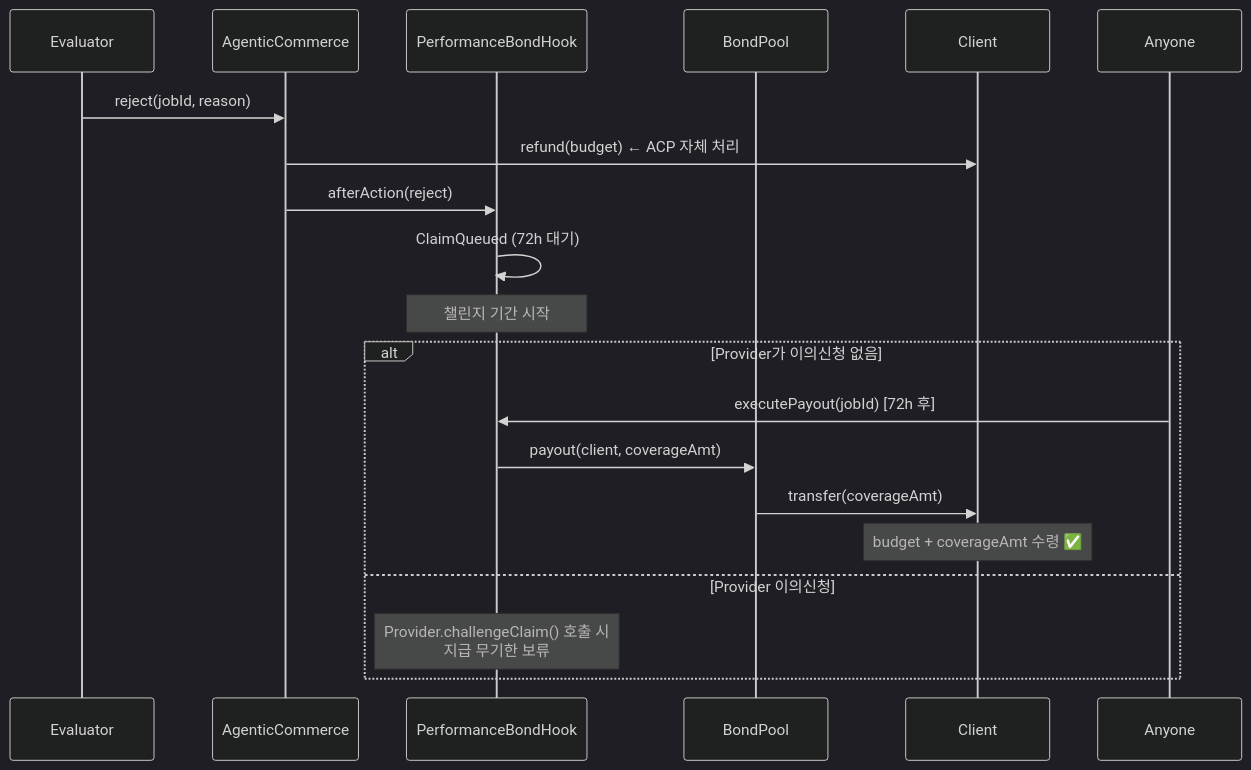
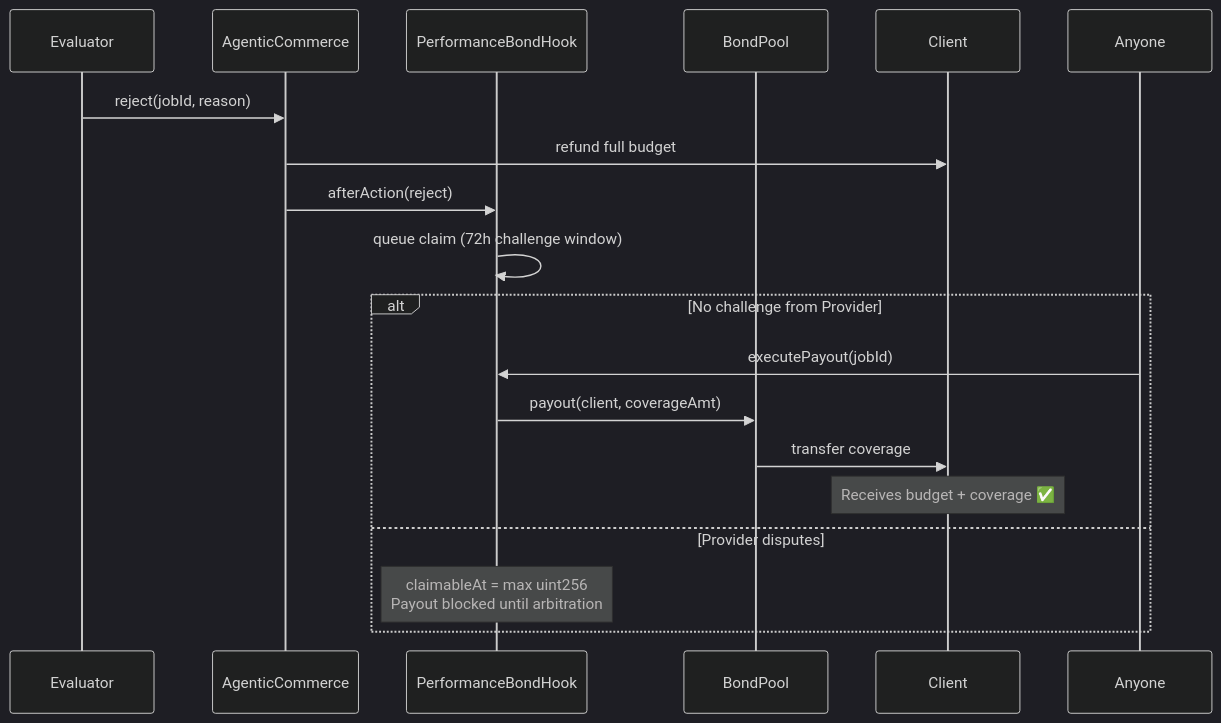
Before and after one commit to oxyuns/agent-insurance: the third of 5 diagrams in README.md, drawn with Mermaid (dark theme). The commit also changed other lines of this file, not shown here.

````diff
--- a/README.md
+++ b/README.md
@@ -91,24 +94,23 @@
 ```mermaid
 sequenceDiagram
     participant E as Evaluator
     participant ACP as AgenticCommerce
     participant Hook as PerformanceBondHook
     participant Pool as BondPool
     participant C as Client
-    participant Anyone as Anyone
+    participant Anyone
 
     E->>ACP: reject(jobId, reason)
-    ACP->>C: refund(budget) ← ACP 자체 처리
+    ACP->>C: refund full budget
     ACP->>Hook: afterAction(reject)
-    Hook->>Hook: ClaimQueued (72h 대기)
-    Note over Hook: 챌린지 기간 시작
+    Hook->>Hook: queue claim (72h challenge window)
 
-    alt Provider가 이의신청 없음
-        Anyone->>Hook: executePayout(jobId) [72h 후]
+    alt No challenge from Provider
+        Anyone->>Hook: executePayout(jobId)
         Hook->>Pool: payout(client, coverageAmt)
-        Pool->>C: transfer(coverageAmt)
-        Note over C: budget + coverageAmt 수령 ✅
-    else Provider 이의신청
-        Note over Hook: Provider.challengeClaim() 호출 시<br/>지급 무기한 보류
+        Pool->>C: transfer coverage
+        Note over C: Receives budget + coverage ✅
+    else Provider disputes
+        Note over Hook: claimableAt = max uint256<br/>Payout blocked until arbitration
     end
 ```
````
